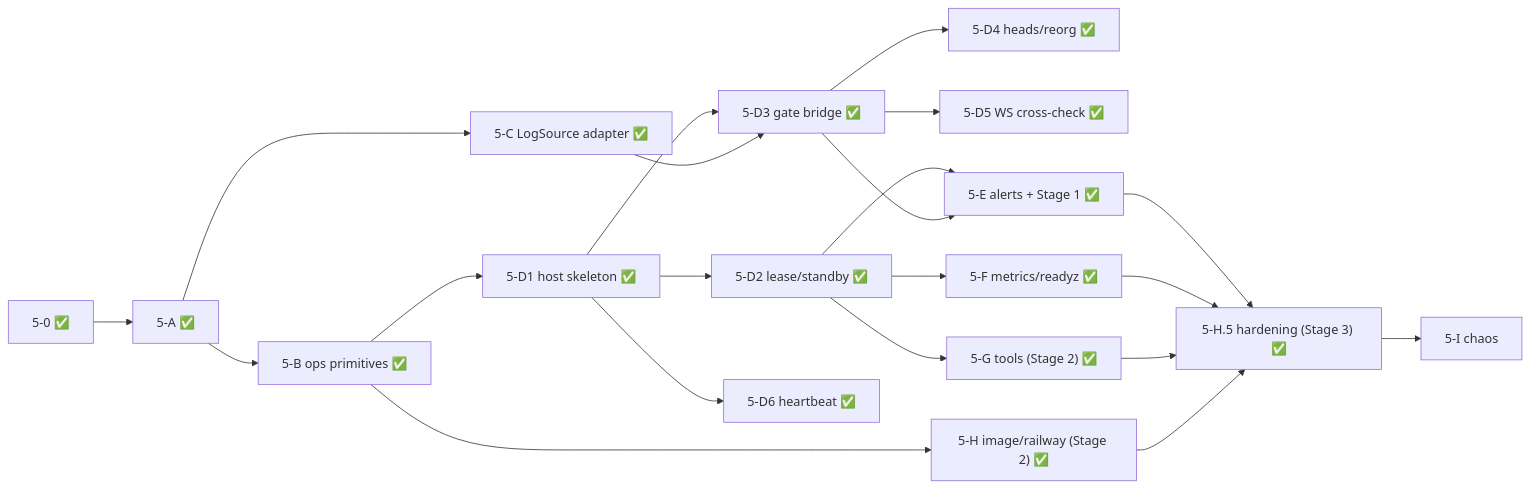
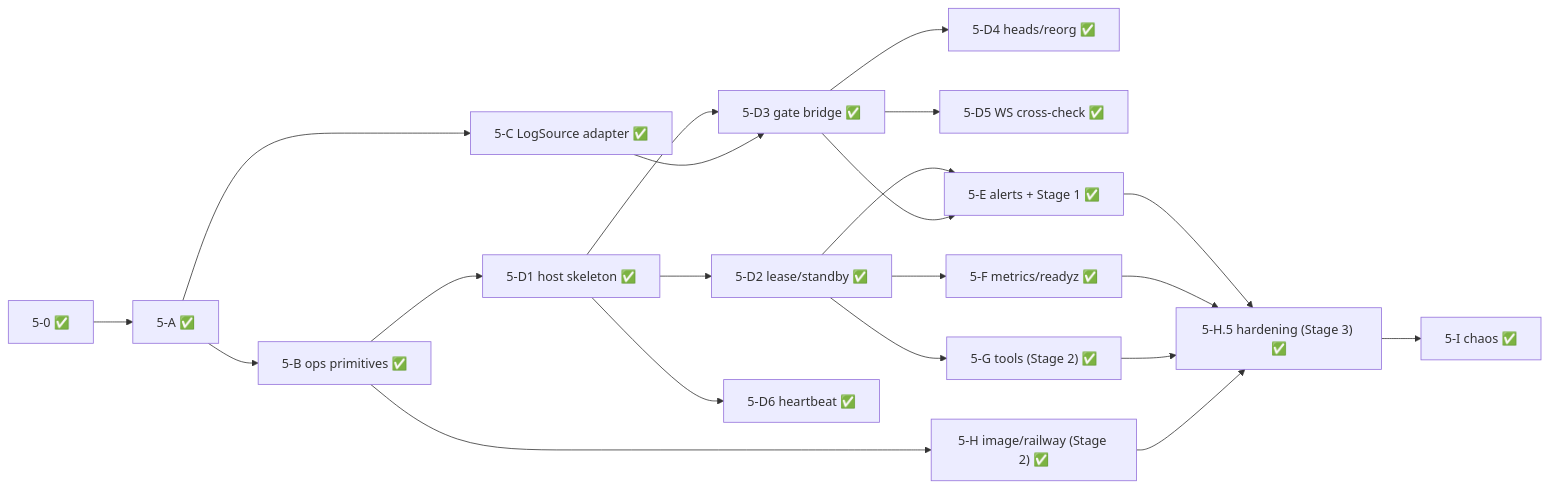
The diagram in doc/implmentation_plans/90_phase5_readiness_and_tasks.md (groai-fi/evm_cpp_listener), drawn with Mermaid before and after one commit. The commit also changed other lines of this file and 1 other file, not shown here.

Commit message:
docs(plan): record Slice 5-I chaos and end-to-end verification in plans 60 and 90

````diff
--- a/doc/implmentation_plans/90_phase5_readiness_and_tasks.md
+++ b/doc/implmentation_plans/90_phase5_readiness_and_tasks.md
@@ -184,23 +184,23 @@
 ```mermaid
 graph LR
   P0["5-0 ✅"] --> A["5-A ✅"]
   A --> B["5-B ops primitives ✅"]
   A --> C["5-C LogSource adapter ✅"]
   B --> D1["5-D1 host skeleton ✅"]
   D1 --> D2["5-D2 lease/standby ✅"]
   D1 --> D3["5-D3 gate bridge ✅"]
   C --> D3
   D3 --> D4["5-D4 heads/reorg ✅"]
   D3 --> D5["5-D5 WS cross-check ✅"]
   D1 --> D6["5-D6 heartbeat ✅"]
   D2 --> E["5-E alerts + Stage 1 ✅"]
   D3 --> E
   D2 --> F["5-F metrics/readyz ✅"]
   D2 --> G["5-G tools (Stage 2) ✅"]
   B --> H["5-H image/railway (Stage 2) ✅"]
   E --> H5["5-H.5 hardening (Stage 3) ✅"]
   F --> H5
   G --> H5
   H --> H5
-  H5 --> I["5-I chaos"]
+  H5 --> I["5-I chaos ✅"]
 ```
````
